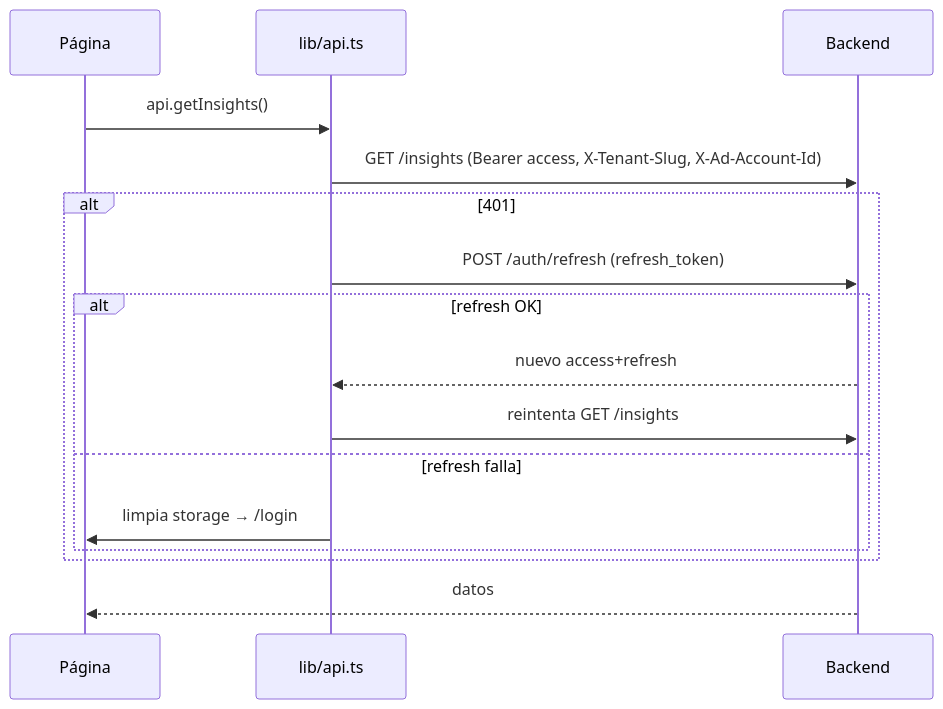
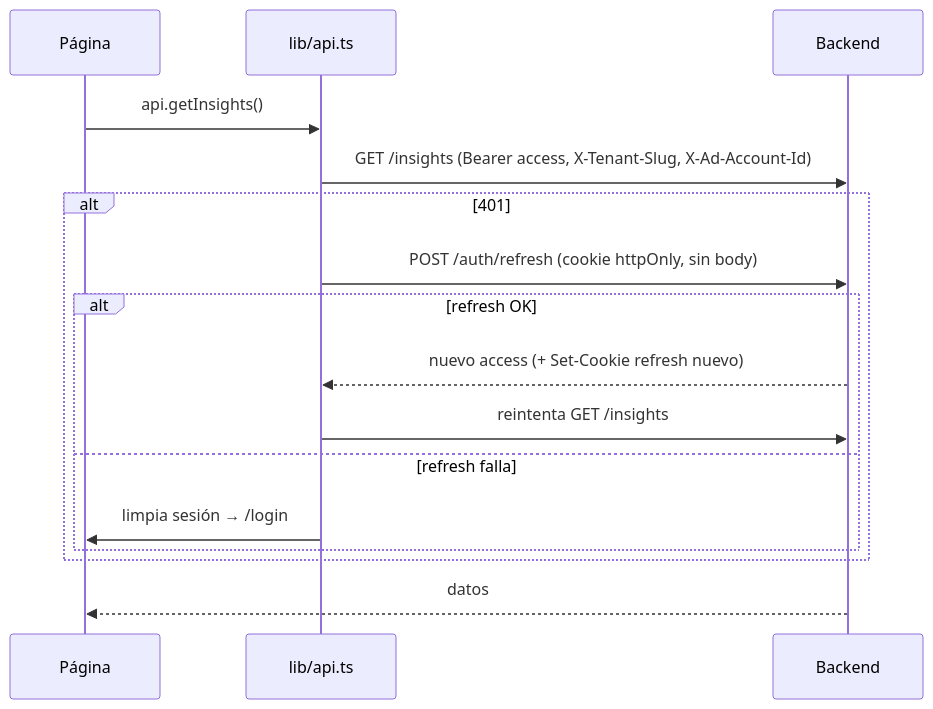
One commit to lrojascode/Proyecto-lejovista changed the diagram in docs/04-frontend.md. Above: the diagram before and after it, drawn with Mermaid. The commit also changed other lines of this file and 5 other files, not shown here.

````diff
--- a/docs/04-frontend.md
+++ b/docs/04-frontend.md
@@ -50,18 +51,18 @@
 ```mermaid
 sequenceDiagram
     participant P as Página
     participant API as lib/api.ts
     participant BE as Backend
     P->>API: api.getInsights()
     API->>BE: GET /insights (Bearer access, X-Tenant-Slug, X-Ad-Account-Id)
     alt 401
-        API->>BE: POST /auth/refresh (refresh_token)
+        API->>BE: POST /auth/refresh (cookie httpOnly, sin body)
         alt refresh OK
-            BE-->>API: nuevo access+refresh
+            BE-->>API: nuevo access (+ Set-Cookie refresh nuevo)
             API->>BE: reintenta GET /insights
         else refresh falla
-            API->>P: limpia storage → /login
+            API->>P: limpia sesión → /login
         end
     end
     BE-->>P: datos
 ```
````
